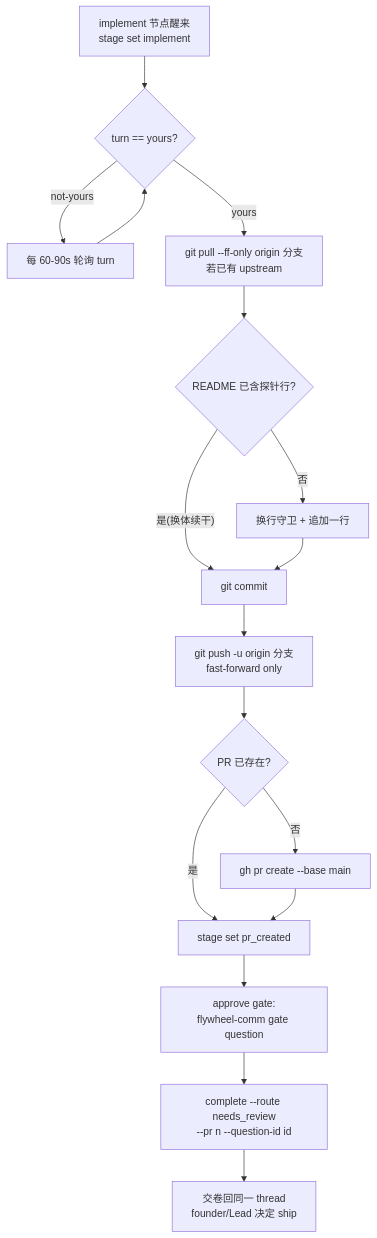
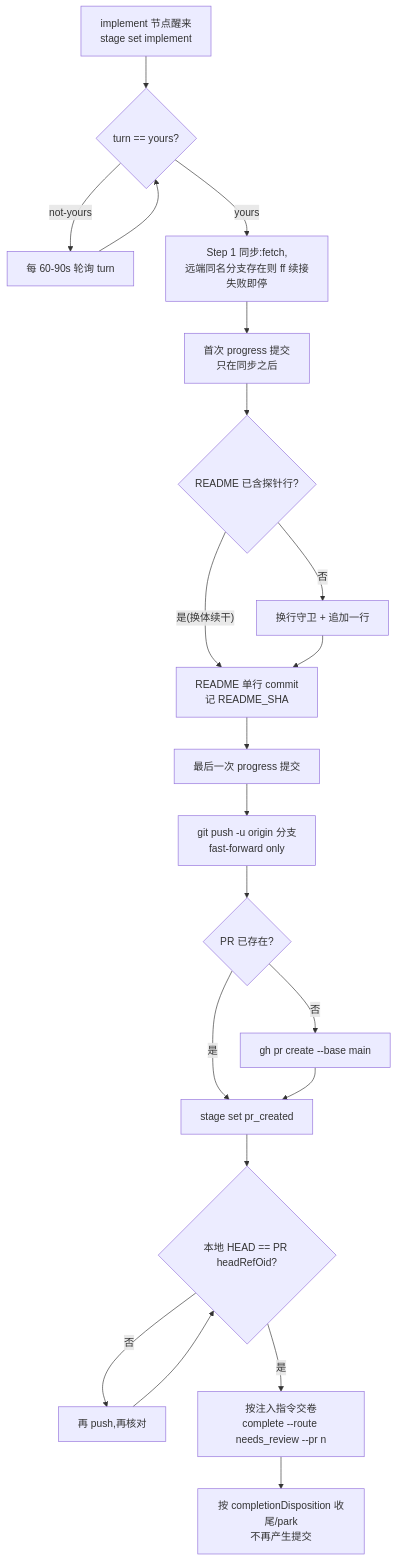
The diagram in engineering/doc/FLY-3029-nton-claude-body/plan.md (xrliAnnie/flywheel-qa-sandbox), drawn with Mermaid before and after one commit. The commit also changed other lines of this file and 3 other files, not shown here.

Commit message:
docs(FLY-3029): plan v2 after Codex design review R1 (PR scope, ledger/push order, sync, handoff)

````diff
--- a/engineering/doc/FLY-3029-nton-claude-body/plan.md
+++ b/engineering/doc/FLY-3029-nton-claude-body/plan.md
@@ -35,18 +42,21 @@
 ```mermaid
 flowchart TD
   A[implement 节点醒来<br/>stage set implement] --> B{turn == yours?}
   B -- not-yours --> B0[每 60-90s 轮询 turn] --> B
-  B -- yours --> C[git pull --ff-only origin 分支<br/>若已有 upstream]
-  C --> D{README 已含探针行?}
+  B -- yours --> C[Step 1 同步:fetch,<br/>远端同名分支存在则 ff 续接<br/>失败即停]
+  C --> P0[首次 progress 提交<br/>只在同步之后]
+  P0 --> D{README 已含探针行?}
   D -- 是(换体续干) --> F
   D -- 否 --> E[换行守卫 + 追加一行]
-  E --> F[git commit]
-  F --> G[git push -u origin 分支<br/>fast-forward only]
-  G --> H{PR 已存在?}
-  H -- 是 --> J
-  H -- 否 --> I[gh pr create --base main]
-  I --> J[stage set pr_created]
-  J --> K[approve gate:<br/>flywheel-comm gate question]
-  K --> L[complete --route needs_review<br/>--pr n --question-id id]
-  L --> M[交卷回同一 thread<br/>founder/Lead 决定 ship]
+  E --> F[README 单行 commit<br/>记 README_SHA]
+  F --> G[最后一次 progress 提交]
+  G --> H[git push -u origin 分支<br/>fast-forward only]
+  H --> I{PR 已存在?}
+  I -- 是 --> K
+  I -- 否 --> J[gh pr create --base main]
+  J --> K[stage set pr_created]
+  K --> L{本地 HEAD == PR headRefOid?}
+  L -- 否 --> M[再 push,再核对] --> L
+  L -- 是 --> N[按注入指令交卷<br/>complete --route needs_review --pr n]
+  N --> O[按 completionDisposition 收尾/park<br/>不再产生提交]
 ```
````
